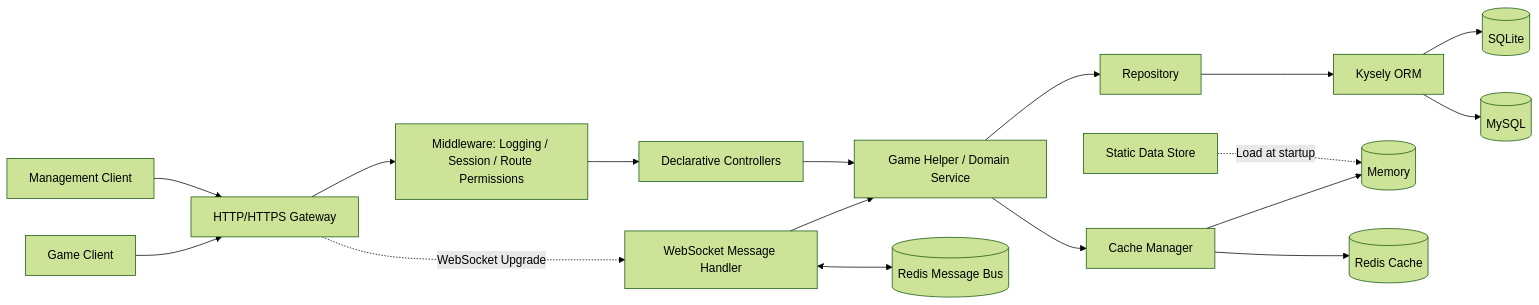
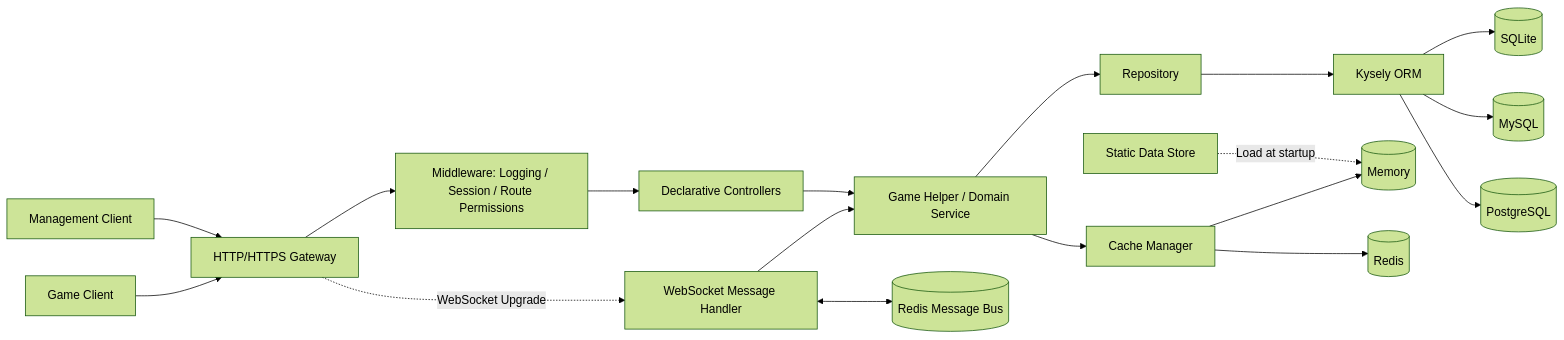
Before and after one commit to Thexiaoyuqaq/that-sky-xysky-public: the diagram in README.md, drawn with Mermaid (forest theme). The commit also changed other lines of this file and 1 other file, not shown here.

````diff
--- a/README.md
+++ b/README.md
@@ -86,32 +89,33 @@
 ```mermaid
 flowchart LR
     %% Client and entry points
     C[Game Client] --> H[HTTP/HTTPS Gateway]
     A[Management Client] --> H
 
-    %% Gateway layer: route isolation
+    %% Gateway layer
     H --> M[Middleware: Logging / Session / Route Permissions]
     M --> R[Declarative Controllers]
 
-    %% WebSocket upgrade and cluster synchronization
+    %% WebSocket
     H -. WebSocket Upgrade .-> W[WebSocket Message Handler]
     W --> B[Game Helper / Domain Service]
     W <--> RedisBus[(Redis Message Bus)]
 
     %% Business logic
     R --> B
 
-    %% Persistence layer
+    %% Persistence
     B --> P[Repository]
     P --> K[Kysely ORM]
-    K --> D1[(SQLite)] 
+    K --> D1[(SQLite)]
     K --> D2[(MySQL)]
+    K --> D3[(PostgreSQL)]
 
-    %% Multi-level cache
+    %% Cache
     B --> CA[Cache Manager]
     CA --> C1[(Memory)]
-    CA --> RedisCache[(Redis Cache)]
+    CA --> C2[(Redis)]
 
-    %% Static configuration
+    %% Static data
     S[Static Data Store] -. Load at startup .-> C1
 ```
````
